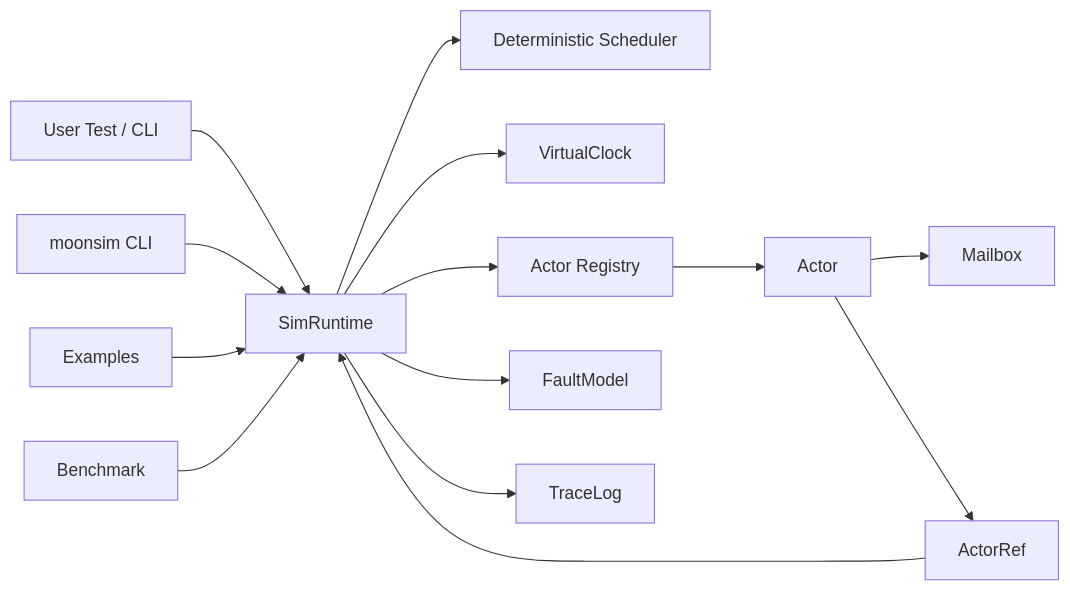
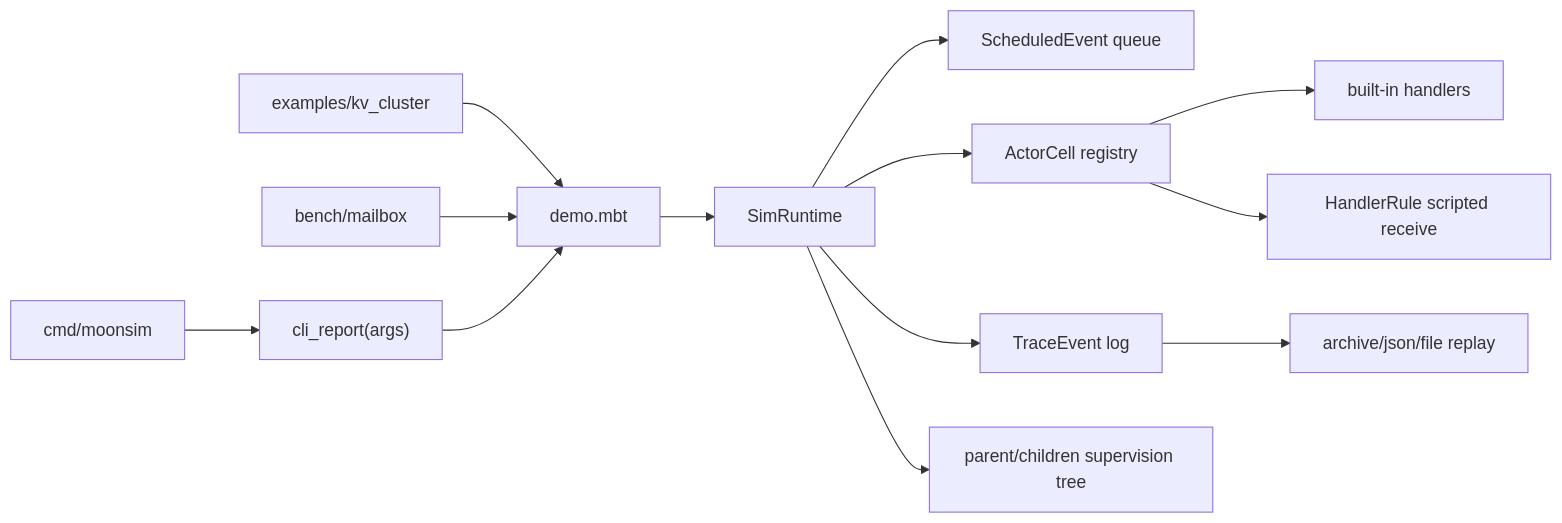
One commit to chenh735/MoonSim-Actors changed the diagram in docs/logical-view.md. Above: the diagram before and after it, drawn with Mermaid. The commit also changed other lines of this file and 25 other files, not shown here.

````diff
--- a/docs/logical-view.md
+++ b/docs/logical-view.md
@@ -23,18 +22,15 @@
 ```mermaid
 flowchart LR
-    User["User Test / CLI"] --> Runtime["SimRuntime"]
-    Runtime --> Scheduler["Deterministic Scheduler"]
-    Runtime --> Clock["VirtualClock"]
-    Runtime --> Registry["Actor Registry"]
-    Runtime --> Fault["FaultModel"]
-    Runtime --> Trace["TraceLog"]
-
-    Registry --> Actor["Actor"]
-    Actor --> Mailbox["Mailbox"]
-    Actor --> ActorRef["ActorRef"]
-    ActorRef --> Runtime
-
-    CLI["moonsim CLI"] --> Runtime
-    Examples["Examples"] --> Runtime
-    Bench["Benchmark"] --> Runtime
+    CLI["cmd/moonsim"] --> CliCore["cli_report(args)"]
+    Examples["examples/kv_cluster"] --> Demo["demo.mbt"]
+    BenchCmd["bench/mailbox"] --> Demo
+    CliCore --> Demo
+    Demo --> Runtime["SimRuntime"]
+    Runtime --> Queue["ScheduledEvent queue"]
+    Runtime --> Actors["ActorCell registry"]
+    Runtime --> Trace["TraceEvent log"]
+    Actors --> BuiltIn["built-in handlers"]
+    Actors --> Scripted["HandlerRule scripted receive"]
+    Runtime --> Supervisor["parent/children supervision tree"]
+    Trace --> Replay["archive/json/file replay"]
 ```
````
